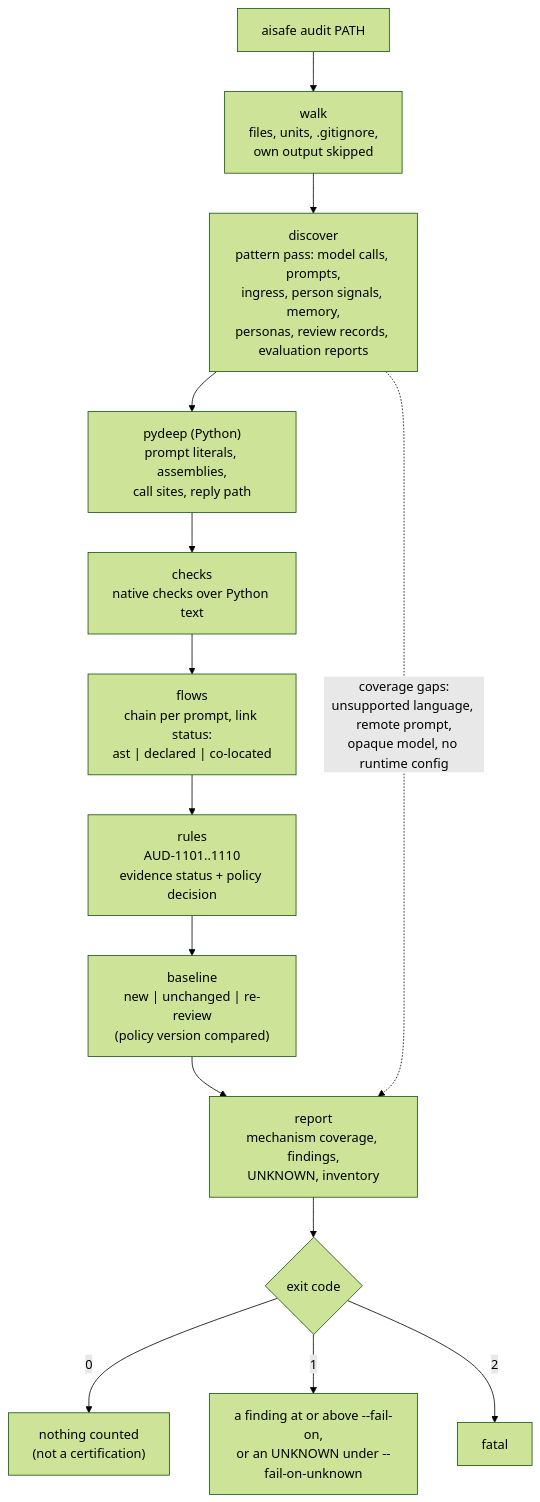
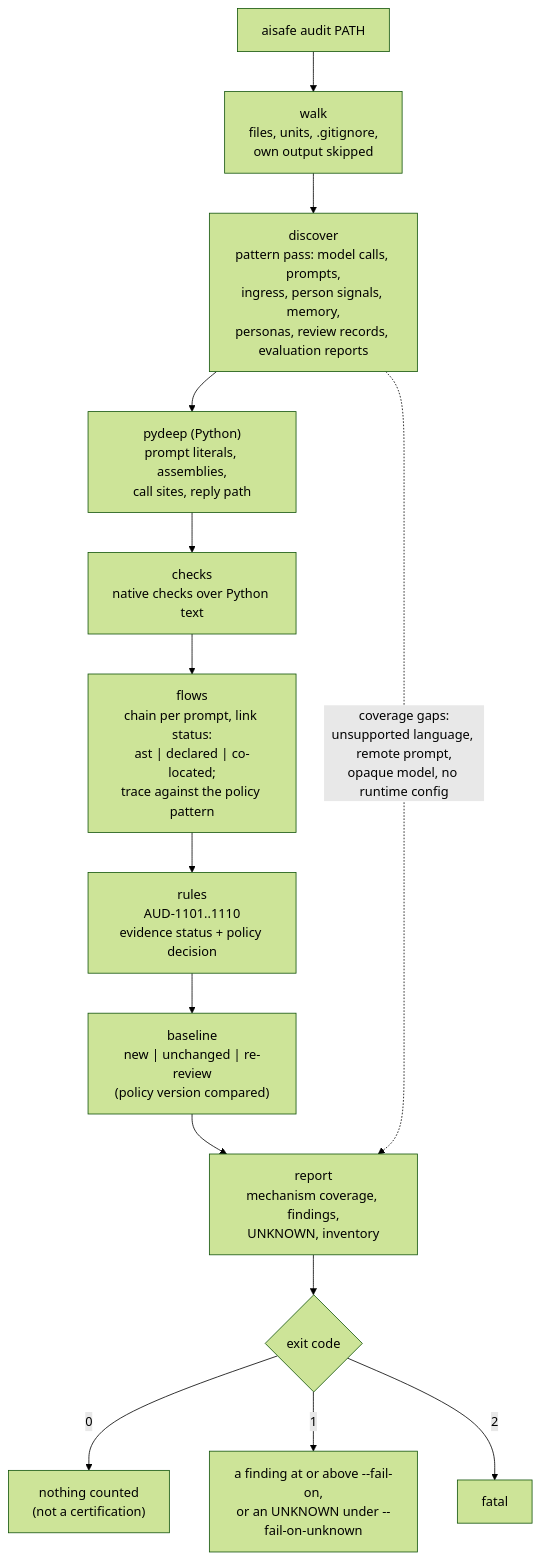
One commit to ai-safe-earth/AnyAISafe changed the second of 3 diagrams in docs/architecture.md. Above: the diagram before and after it, drawn with Mermaid (forest theme). The commit also changed 38 other files, not shown here.

First line of the commit message:
feat(policy,evidence): patterns with required links; supported links apart from a complete trace

````diff
--- a/docs/architecture.md
+++ b/docs/architecture.md
@@ -57,16 +57,16 @@
 ```mermaid
 flowchart TD
     A["aisafe audit PATH"] --> W["walk<br/>files, units, .gitignore,<br/>own output skipped"]
     W --> D["discover<br/>pattern pass: model calls, prompts,<br/>ingress, person signals, memory,<br/>personas, review records, evaluation reports"]
     D --> P["pydeep (Python)<br/>prompt literals, assemblies,<br/>call sites, reply path"]
     P --> C["checks<br/>native checks over Python text"]
-    C --> F["flows<br/>chain per prompt, link status:<br/>ast | declared | co-located"]
+    C --> F["flows<br/>chain per prompt, link status:<br/>ast | declared | co-located;<br/>trace against the policy pattern"]
     F --> R["rules<br/>AUD-1101..1110<br/>evidence status + policy decision"]
     R --> B["baseline<br/>new | unchanged | re-review<br/>(policy version compared)"]
     B --> O["report<br/>mechanism coverage, findings,<br/>UNKNOWN, inventory"]
     O --> X{"exit code"}
     X -->|"0"| X0["nothing counted<br/>(not a certification)"]
     X -->|"1"| X1["a finding at or above --fail-on,<br/>or an UNKNOWN under --fail-on-unknown"]
     X -->|"2"| X2["fatal"]
     D -. "coverage gaps:<br/>unsupported language, remote prompt,<br/>opaque model, no runtime config" .-> O
 ```
````
